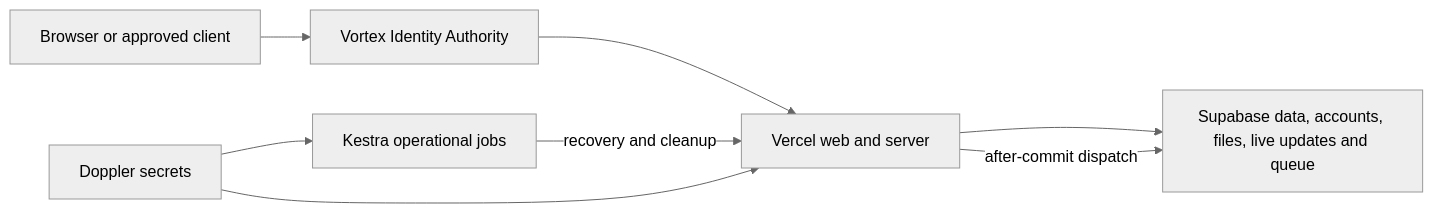
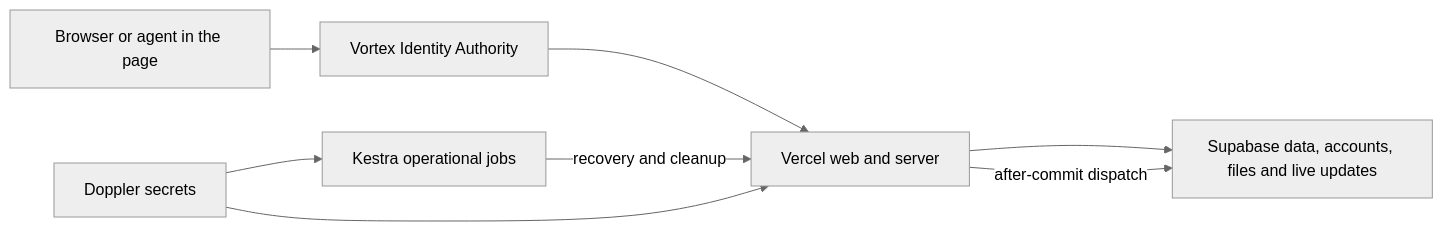
One commit to Abzum-NZ/Abzum-Vortex changed the first of 7 diagrams in docs/specification/17-runtime-storage-and-caching.md. Above: the diagram before and after it, drawn with Mermaid (neutral theme). The commit also changed other lines of this file and 50 other files, not shown here.

````diff
--- a/docs/specification/17-runtime-storage-and-caching.md
+++ b/docs/specification/17-runtime-storage-and-caching.md
@@ -25,10 +17,10 @@
 ```mermaid
 flowchart LR
-    PERSON[Browser or approved client] --> IDP[Vortex Identity Authority]
+    PERSON[Browser or agent in the page] --> IDP[Vortex Identity Authority]
     IDP --> VERCEL[Vercel web and server]
-    VERCEL --> SUPA[Supabase data, accounts, files, live updates and queue]
+    VERCEL --> SUPA[Supabase data, accounts, files and live updates]
     VERCEL -->|after-commit dispatch| SUPA
     KESTRA[Kestra operational jobs] -->|recovery and cleanup| VERCEL
     DOPPLER[Doppler secrets] --> VERCEL
     DOPPLER --> KESTRA
 ```
````
